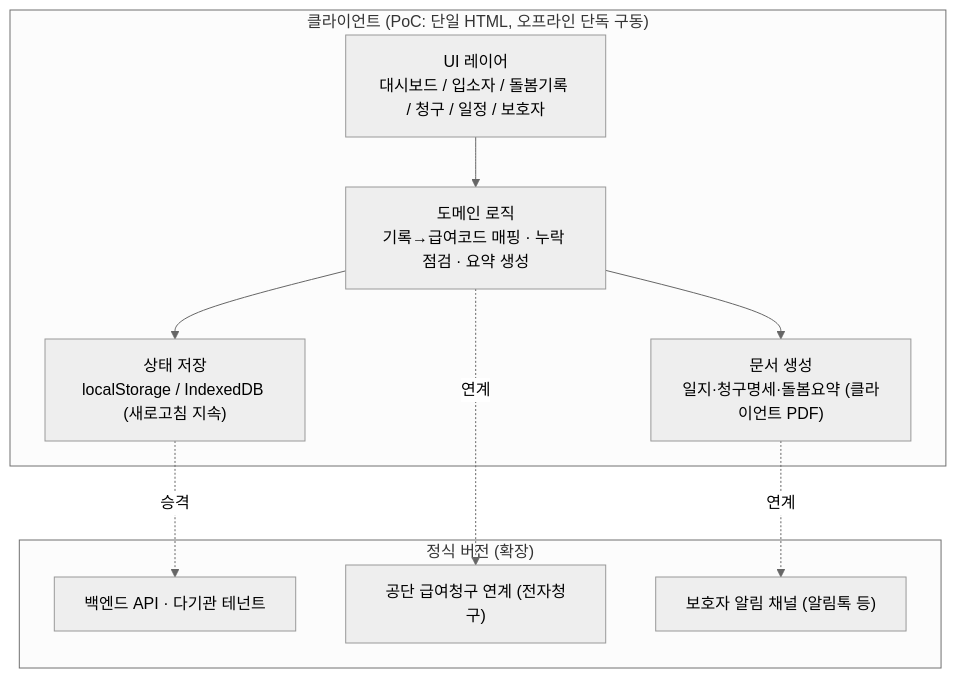
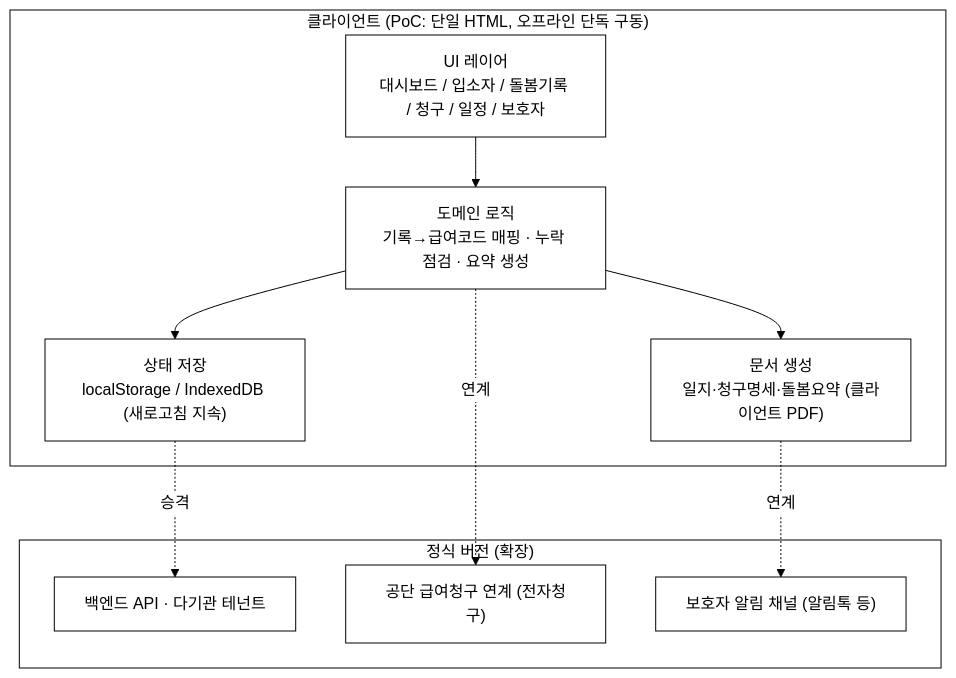
Before and after one commit to iamywl/k_startup_spare: the fifth of 7 diagrams in 2026-saas-senior-care/biz/1_제안서.md, drawn with Mermaid. The commit also changed other lines of this file and 1 other file, not shown here.

First line of the commit message:
돌봄노트 그림자료 순수 흑백 수정 — Mermaid neutral→base 흰/검 강제

````diff
--- a/2026-saas-senior-care/biz/1_제안서.md
+++ b/2026-saas-senior-care/biz/1_제안서.md
@@ -138,20 +138,20 @@
 ```mermaid
-%%{init: {'theme':'neutral'}}%%
+%%{init: {'theme':'base','themeVariables':{'background':'#ffffff','primaryColor':'#ffffff','primaryBorderColor':'#000000','primaryTextColor':'#000000','secondaryColor':'#ffffff','secondaryBorderColor':'#000000','secondaryTextColor':'#000000','tertiaryColor':'#ffffff','tertiaryBorderColor':'#000000','tertiaryTextColor':'#000000','mainBkg':'#ffffff','secondBkg':'#ffffff','lineColor':'#000000','textColor':'#000000','clusterBkg':'#ffffff','clusterBorder':'#000000','edgeLabelBackground':'#ffffff','actorBkg':'#ffffff','actorBorder':'#000000','noteBkgColor':'#ffffff','noteBorderColor':'#000000','signalColor':'#000000','signalTextColor':'#000000','fontFamily':'Georgia, serif'}}}%%
 flowchart TB
     subgraph Client["클라이언트 (PoC: 단일 HTML, 오프라인 단독 구동)"]
       UI["UI 레이어<br/>대시보드 / 입소자 / 돌봄기록 / 청구 / 일정 / 보호자"]
       LOGIC["도메인 로직<br/>기록→급여코드 매핑 · 누락 점검 · 요약 생성"]
       STORE["상태 저장<br/>localStorage / IndexedDB (새로고침 지속)"]
       PDF["문서 생성<br/>일지·청구명세·돌봄요약 (클라이언트 PDF)"]
     end
     UI --> LOGIC --> STORE
     LOGIC --> PDF
     subgraph Future["정식 버전 (확장)"]
       API["백엔드 API · 다기관 테넌트"]
       NHIS["공단 급여청구 연계 (전자청구)"]
       MSG["보호자 알림 채널 (알림톡 등)"]
     end
     STORE -. 승격 .-> API
     LOGIC -. 연계 .-> NHIS
     PDF -. 연계 .-> MSG
 ```
````
